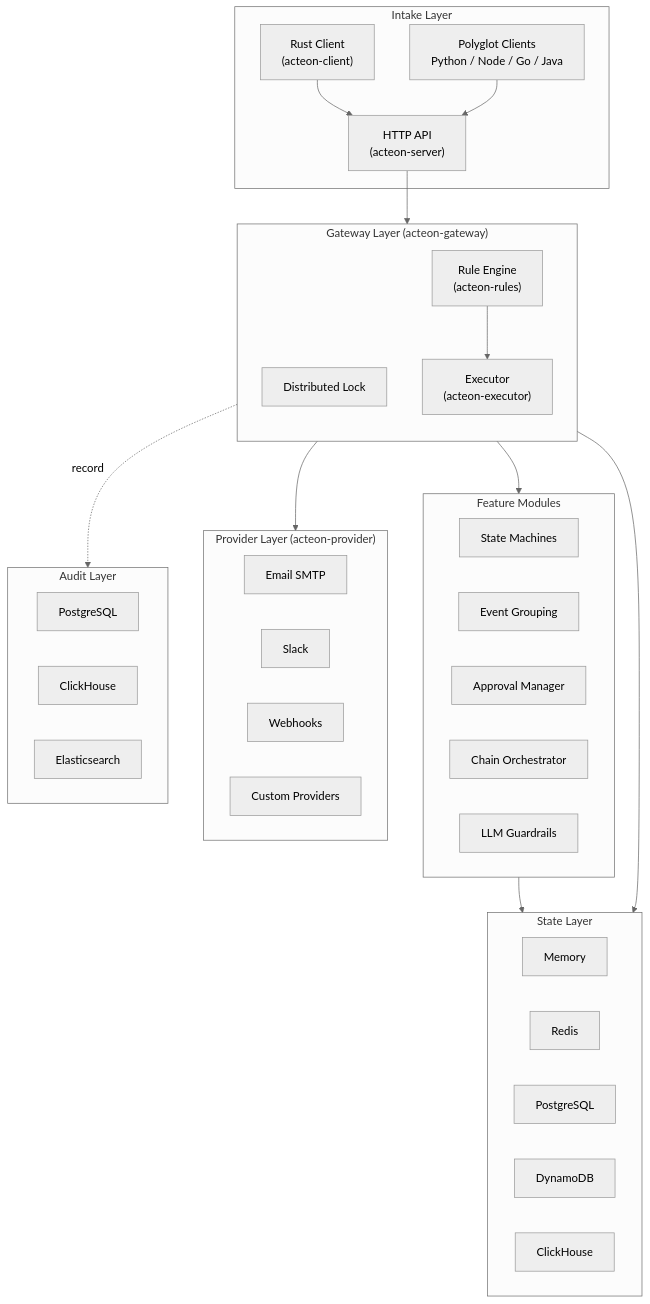
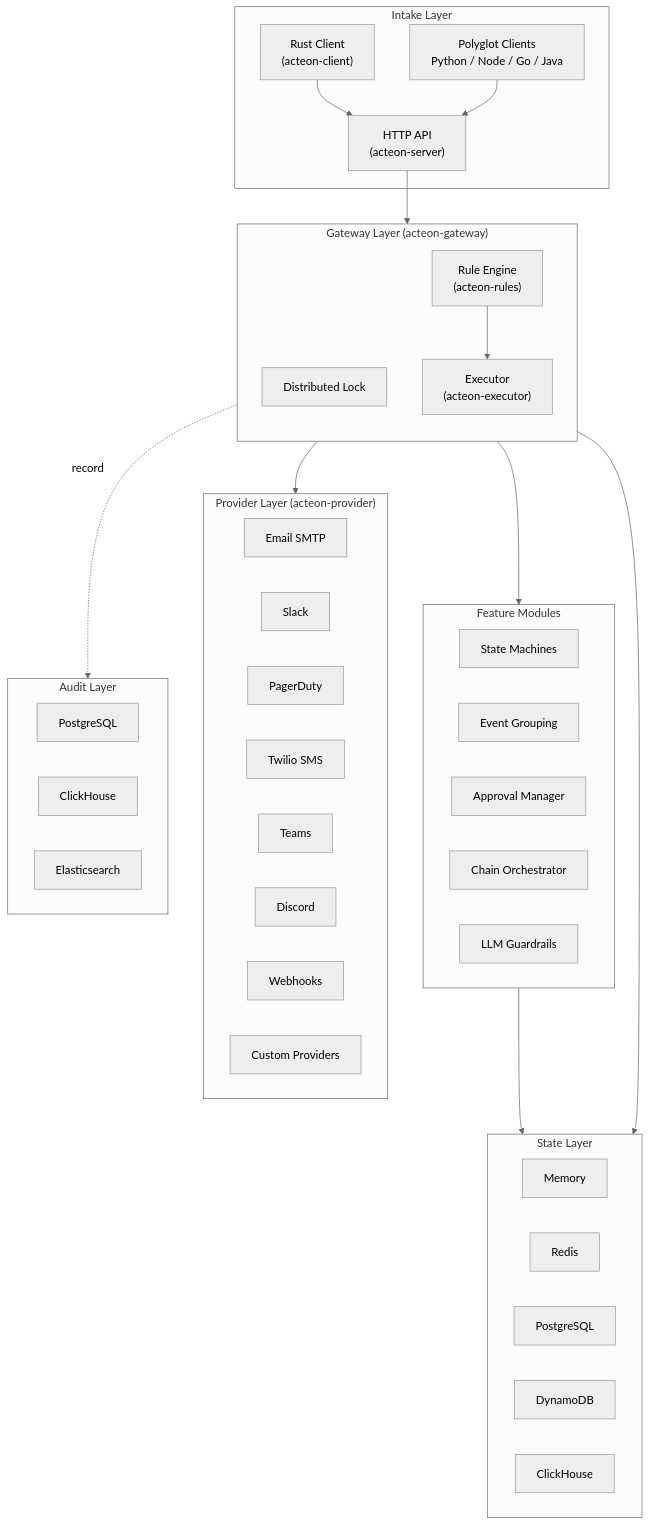
One commit to penserai/acteon changed the first of 2 diagrams in docs/book/concepts/architecture.md. Above: the diagram before and after it, drawn with Mermaid (neutral theme). The commit also changed other lines of this file and 40 other files, not shown here.

First line of the commit message:
feat: add native providers for Twilio, Teams, and Discord (#23)

````diff
--- a/docs/book/concepts/architecture.md
+++ b/docs/book/concepts/architecture.md
@@ -7,57 +7,61 @@
 ```mermaid
 flowchart TB
     subgraph Intake["Intake Layer"]
         HTTP["HTTP API<br/>(acteon-server)"]
         Client["Rust Client<br/>(acteon-client)"]
         Poly["Polyglot Clients<br/>Python / Node / Go / Java"]
     end
 
     subgraph Gateway["Gateway Layer (acteon-gateway)"]
         direction TB
         Lock["Distributed Lock"]
         Rules["Rule Engine<br/>(acteon-rules)"]
         Exec["Executor<br/>(acteon-executor)"]
     end
 
     subgraph Features["Feature Modules"]
         SM["State Machines"]
         GRP["Event Grouping"]
         APR["Approval Manager"]
         CHN["Chain Orchestrator"]
         LLM["LLM Guardrails"]
     end
 
     subgraph Providers["Provider Layer (acteon-provider)"]
         Email["Email SMTP"]
         Slack["Slack"]
+        PD["PagerDuty"]
+        Twilio["Twilio SMS"]
+        Teams["Teams"]
+        Discord["Discord"]
         WH["Webhooks"]
         Custom["Custom Providers"]
     end
 
     subgraph State["State Layer"]
         Mem["Memory"]
         Redis["Redis"]
         PG["PostgreSQL"]
         DDB["DynamoDB"]
         CH["ClickHouse"]
     end
 
     subgraph Audit["Audit Layer"]
         AuditPG["PostgreSQL"]
         AuditCH["ClickHouse"]
         AuditES["Elasticsearch"]
     end
 
     HTTP --> Gateway
     Client --> HTTP
     Poly --> HTTP
 
     Lock --> State
     Rules --> Features
     Rules --> Exec
 
     Exec --> Providers
     Features --> State
 
     Exec -.->|record| Audit
 ```
````
